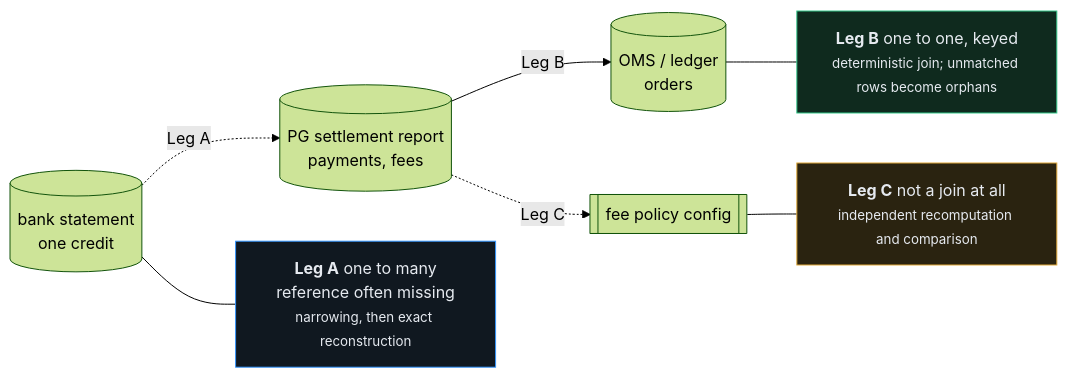
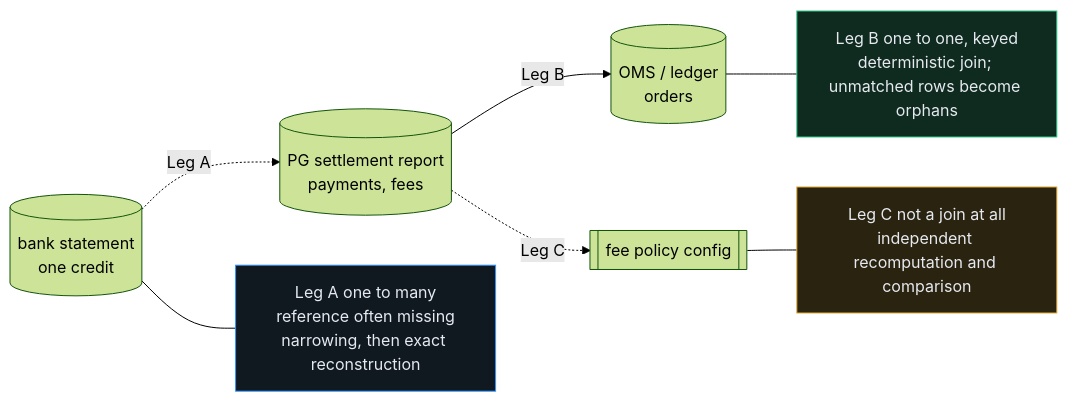
The diagram in docs/diagrams/design-1.mmd (Rishi0507/Manhattan), drawn with Mermaid (forest theme) before and after one commit. The commit also changed 13 other files, not shown here.

Commit message:
drop the track number, untag mermaid labels, and settle the header mark

```diff
--- a/docs/diagrams/design-1.mmd
+++ b/docs/diagrams/design-1.mmd
@@ -1,16 +1,16 @@
 flowchart LR
     BANK[("bank statement<br/>one credit")] -.->|"Leg A"| PG
     PG[("PG settlement report<br/>payments, fees")] -->|"Leg B"| OMS[("OMS / ledger<br/>orders")]
     PG -.->|"Leg C"| POL[["fee policy config"]]
 
-    LA["<b>Leg A</b> one to many<br/>reference often missing<br/><small>narrowing, then exact reconstruction</small>"]
-    LB["<b>Leg B</b> one to one, keyed<br/><small>deterministic join; unmatched rows become orphans</small>"]
-    LC["<b>Leg C</b> not a join at all<br/><small>independent recomputation and comparison</small>"]
+    LA["Leg A one to many<br/>reference often missing<br/>narrowing, then exact reconstruction"]
+    LB["Leg B one to one, keyed<br/>deterministic join; unmatched rows become orphans"]
+    LC["Leg C not a join at all<br/>independent recomputation and comparison"]
 
     BANK --- LA
     OMS --- LB
     POL --- LC
 
     style LA fill:#101820,stroke:#3395ff,color:#e6eaf0
     style LB fill:#0f2a1e,stroke:#35c88a,color:#e6eaf0
     style LC fill:#2a2310,stroke:#e0a83a,color:#e6eaf0
```
